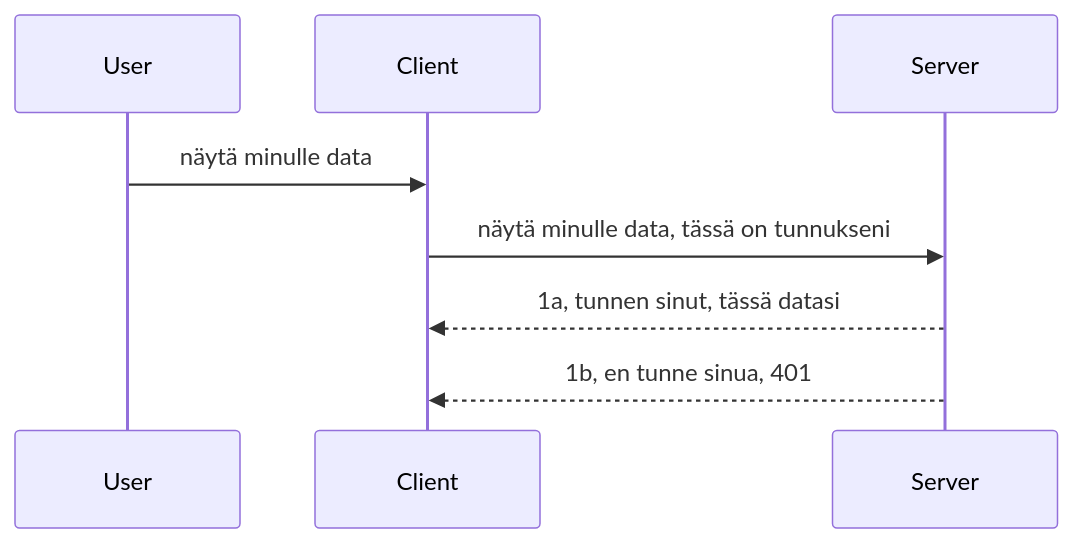
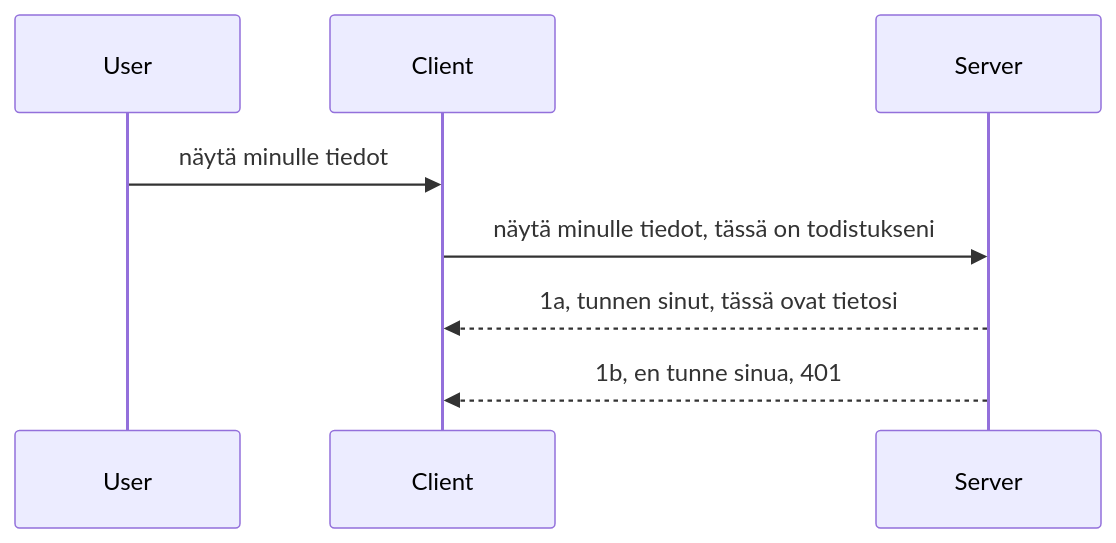
One commit to HIDORAKAI002/ai-workspace-archive changed the diagram in mcp_ecosystem__model_context_protocol/mcp_learning_resources/mcp-for-beginners/translations/fi/03-GettingStarted/11-simple-auth/README.md. Above: the diagram before and after it, drawn with Mermaid. The commit also changed other lines of this file and 1046 other files, not shown here.

````diff
--- a/mcp_ecosystem__model_context_protocol/mcp_learning_resources/mcp-for-beginners/translations/fi/03-GettingStarted/11-simple-auth/README.md
+++ b/mcp_ecosystem__model_context_protocol/mcp_learning_resources/mcp-for-beginners/translations/fi/03-GettingStarted/11-simple-auth/README.md
@@ -24,11 +24,11 @@
 ```mermaid
 sequenceDiagram
    participant User
    participant Client
    participant Server
 
-   User->>Client: näytä minulle data
-   Client->>Server: näytä minulle data, tässä on tunnukseni
-   Server-->>Client: 1a, tunnen sinut, tässä datasi
+   User->>Client: näytä minulle tiedot
+   Client->>Server: näytä minulle tiedot, tässä on todistukseni
+   Server-->>Client: 1a, tunnen sinut, tässä ovat tietosi
    Server-->>Client: 1b, en tunne sinua, 401 
 ```
````
